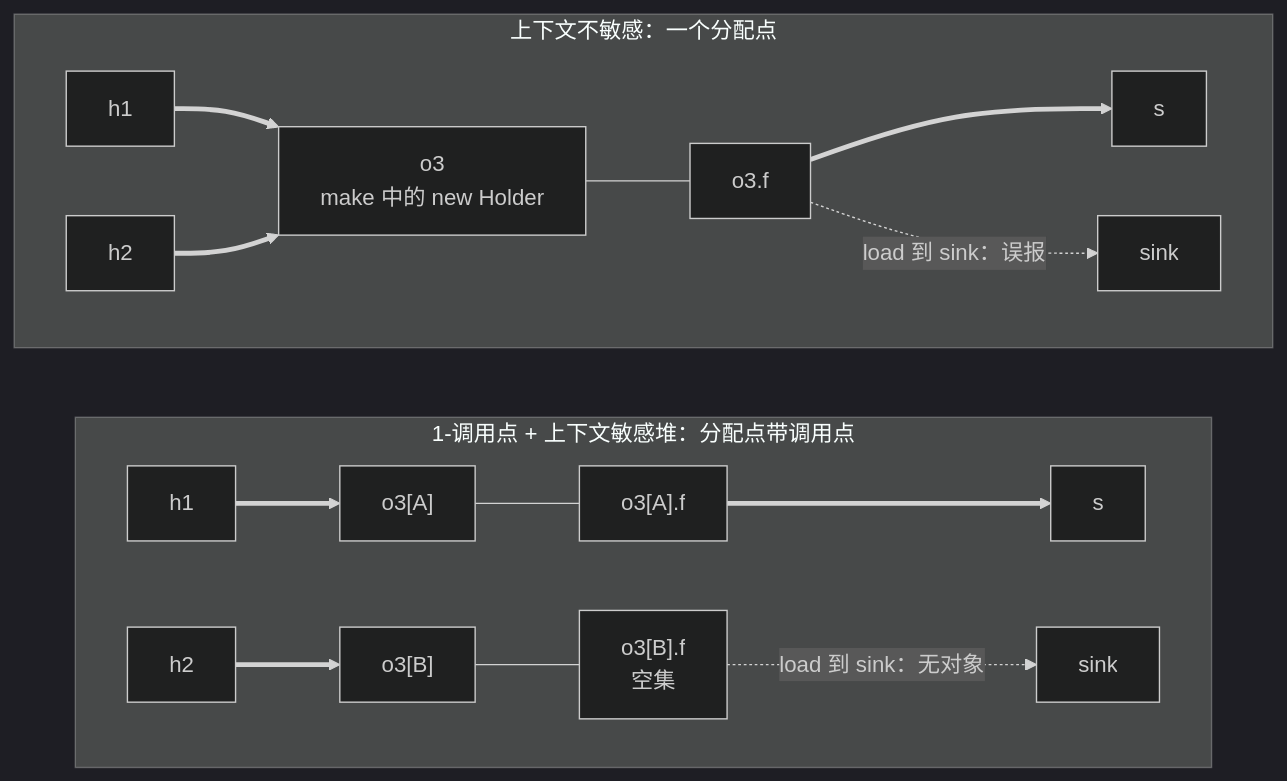
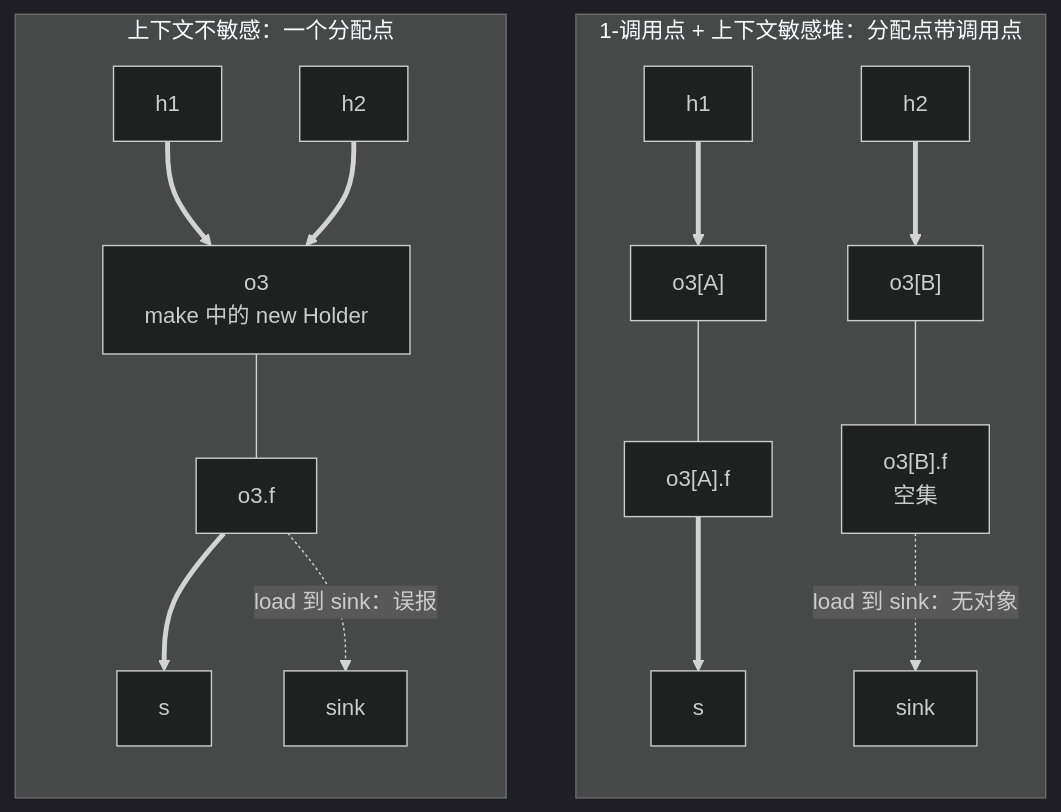
One commit to Scrates1/Scrates1.github.io changed the diagram in src/static-analysis/assets/11-series-2.mmd. Above: the diagram before and after it, drawn with Mermaid (dark theme). The commit also changed 8 other files, not shown here.

First line of the commit message:
收窄三张中等偏宽的图，正文里少缩一些。

```diff
--- a/src/static-analysis/assets/11-series-2.mmd
+++ b/src/static-analysis/assets/11-series-2.mmd
@@ -1,23 +1,23 @@
-flowchart LR
+flowchart TB
   subgraph CS[1-调用点 + 上下文敏感堆：分配点带调用点]
-    direction LR
+    direction TB
     g1[h1] ==> oA["o3[A]"]
     g2[h2] ==> oB["o3[B]"]
     oA --- oAf["o3[A].f"]
     oB --- oBf["o3[B].f
 空集"]
     oAf ==> s2["s"]
     oBf -.->|"load 到 sink：无对象"| k2[sink]
   end
   subgraph CI[上下文不敏感：一个分配点]
-    direction LR
+    direction TB
     h1[h1] ==> o3["o3
 make 中的 new Holder"]
     h2[h2] ==> o3
     o3 --- o3f["o3.f"]
     o3f ==> s1["s"]
     o3f -.->|"load 到 sink：误报"| k1[sink]
   end
   class oA,oB,o3,s1,s2 object
   class o3f,oAf field
   class oBf aux
```
